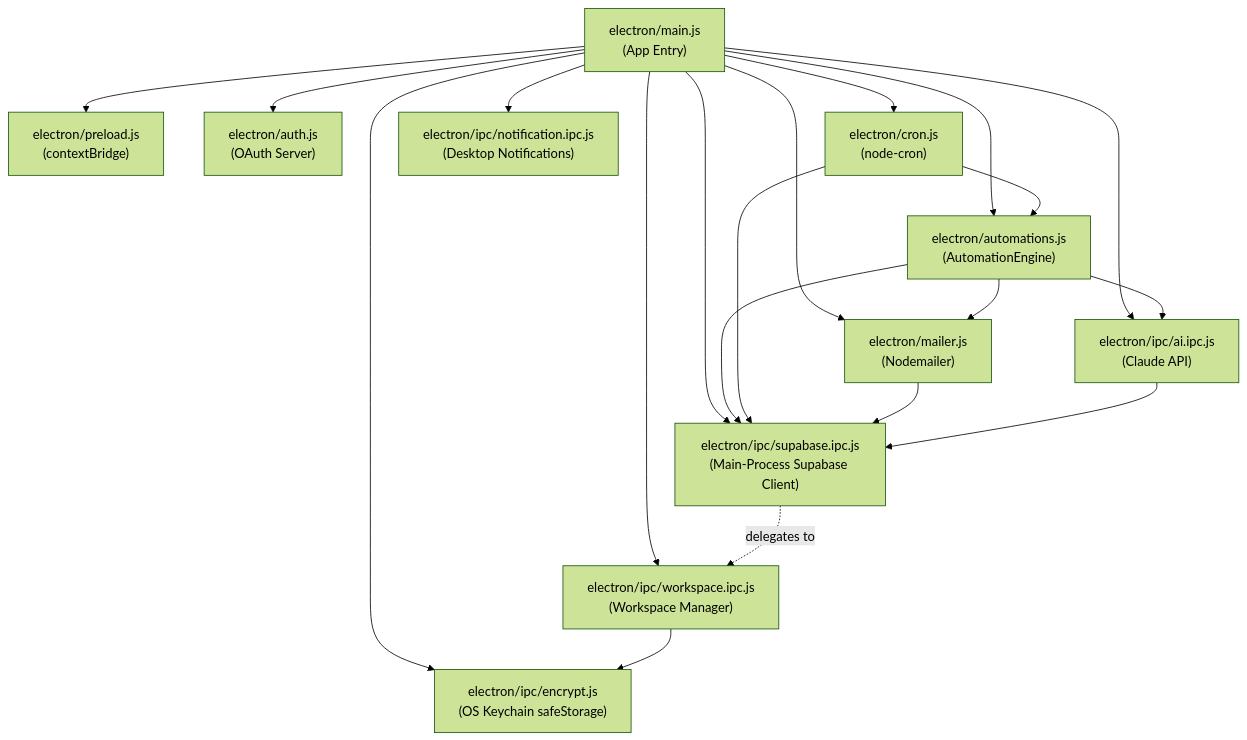
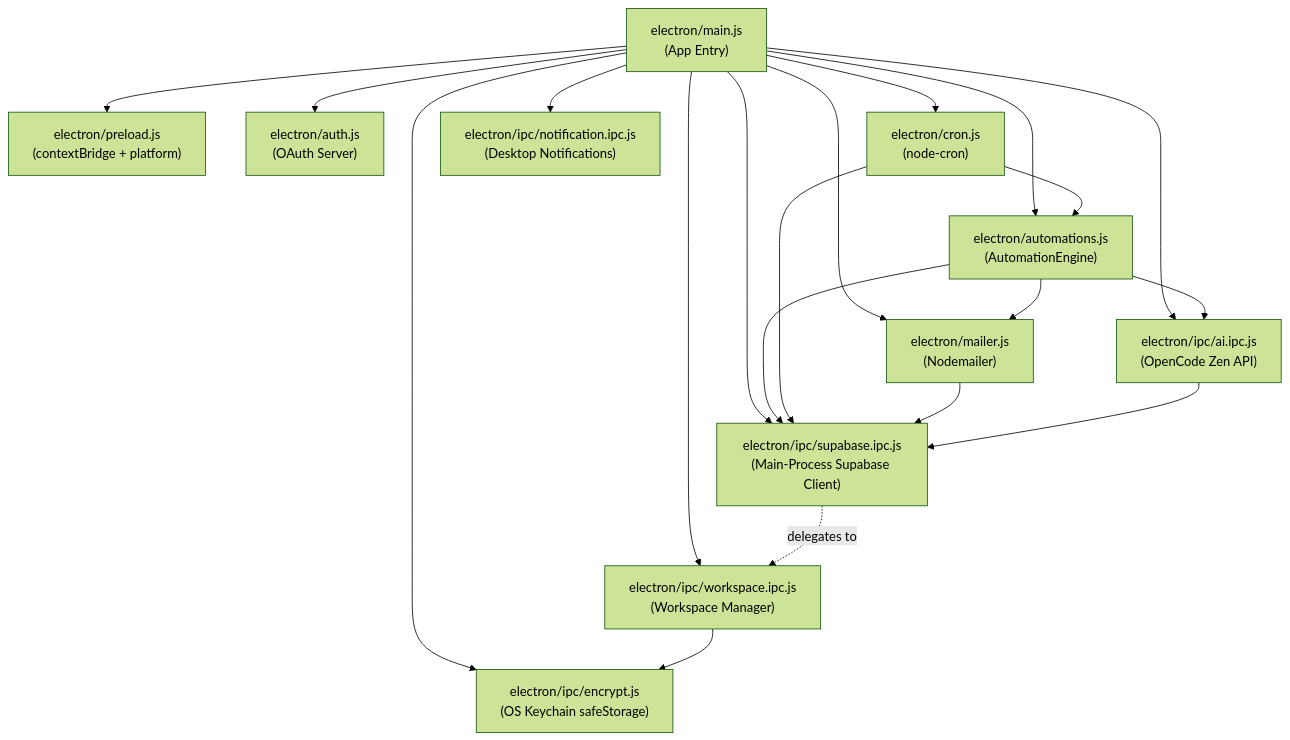
One commit to noorkth2/CommandCenter changed the first of 6 diagrams in CommandCenter_dependency_graph.md. Above: the diagram before and after it, drawn with Mermaid (forest theme). The commit also changed other lines of this file and 67 other files, not shown here.

````diff
--- a/CommandCenter_dependency_graph.md
+++ b/CommandCenter_dependency_graph.md
@@ -279,38 +309,38 @@
 ```mermaid
 graph TD
     main["electron/main.js\n(App Entry)"]
-    preload["electron/preload.js\n(contextBridge)"]
+    preload["electron/preload.js\n(contextBridge + platform)"]
     auth["electron/auth.js\n(OAuth Server)"]
     automations["electron/automations.js\n(AutomationEngine)"]
     cron["electron/cron.js\n(node-cron)"]
     mailer["electron/mailer.js\n(Nodemailer)"]
     supabase_ipc["electron/ipc/supabase.ipc.js\n(Main-Process Supabase Client)"]
-    ai_ipc["electron/ipc/ai.ipc.js\n(Claude API)"]
+    ai_ipc["electron/ipc/ai.ipc.js\n(OpenCode Zen API)"]
     workspace_ipc["electron/ipc/workspace.ipc.js\n(Workspace Manager)"]
     notif_ipc["electron/ipc/notification.ipc.js\n(Desktop Notifications)"]
     encrypt["electron/ipc/encrypt.js\n(OS Keychain safeStorage)"]
 
     main --> preload
     main --> auth
     main --> automations
     main --> cron
     main --> mailer
     main --> supabase_ipc
     main --> ai_ipc
     main --> workspace_ipc
     main --> notif_ipc
     main --> encrypt
 
     automations --> supabase_ipc
     automations --> ai_ipc
     automations --> mailer
 
     cron --> supabase_ipc
     cron --> automations
 
     mailer --> supabase_ipc
     ai_ipc --> supabase_ipc
 
     workspace_ipc --> encrypt
     supabase_ipc -.->|delegates to| workspace_ipc
 ```
````
